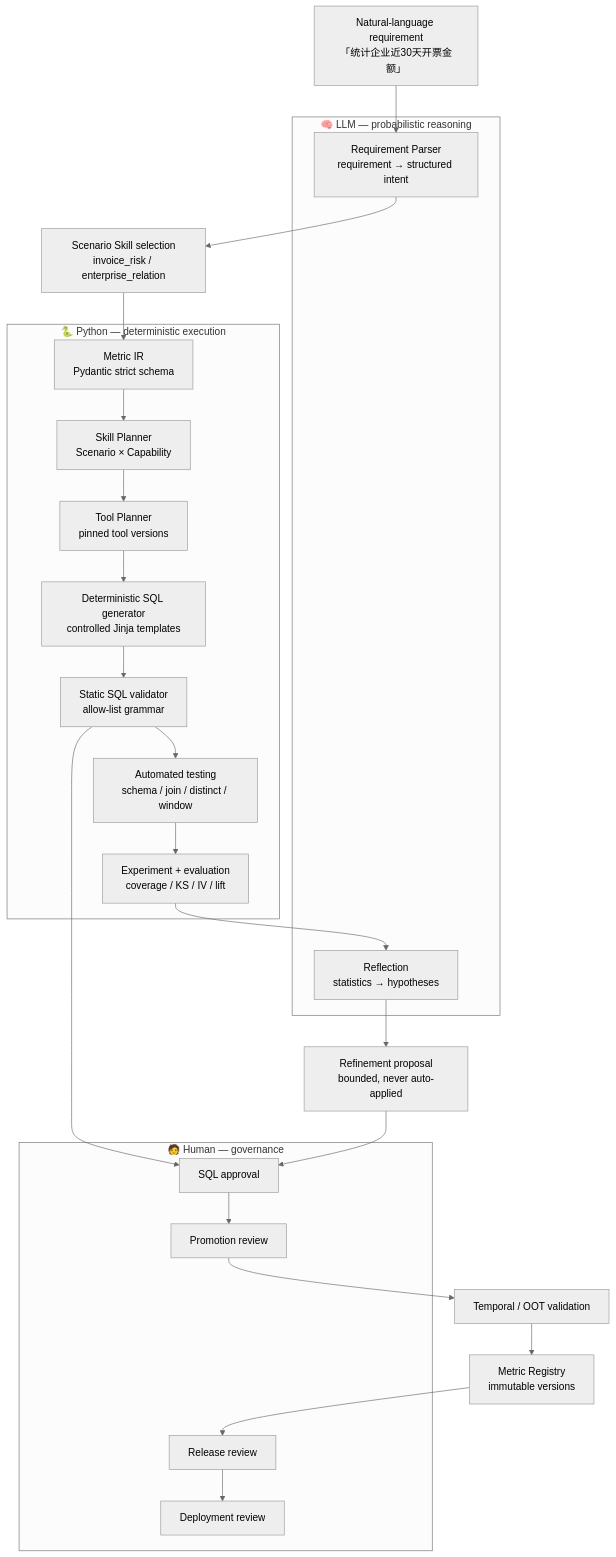
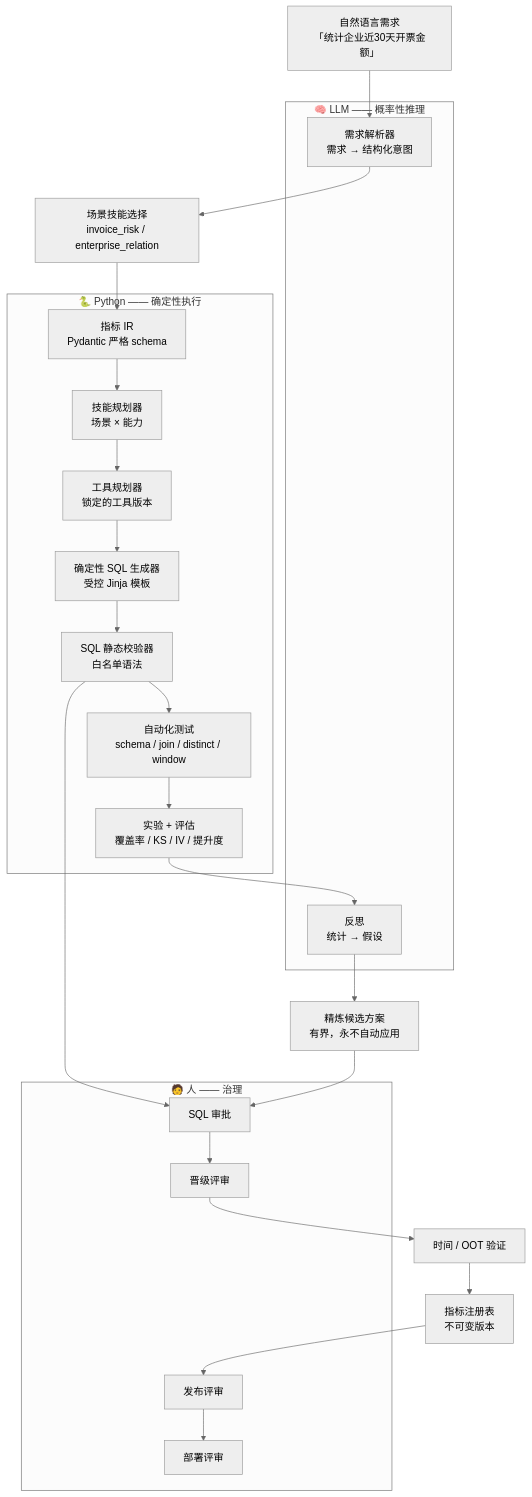
Before and after one commit to huangJJ8/airi: the first of 4 diagrams in docs/architecture/overview.md, drawn with Mermaid (neutral theme). The commit also changed other lines of this file and 24 other files, not shown here.

````diff
--- a/docs/architecture/overview.md
+++ b/docs/architecture/overview.md
@@ -13,38 +12,38 @@
 ```mermaid
 flowchart TD
-    REQ["Natural-language requirement<br/>「统计企业近30天开票金额」"] --> PARSER
+    REQ["自然语言需求<br/>「统计企业近30天开票金额」"] --> PARSER
 
-    subgraph LLM["🧠 LLM — probabilistic reasoning"]
-        PARSER["Requirement Parser<br/>requirement → structured intent"]
-        REFLECT["Reflection<br/>statistics → hypotheses"]
+    subgraph LLM["🧠 LLM —— 概率性推理"]
+        PARSER["需求解析器<br/>需求 → 结构化意图"]
+        REFLECT["反思<br/>统计 → 假设"]
     end
 
-    PARSER --> SCENARIO["Scenario Skill selection<br/>invoice_risk / enterprise_relation"]
+    PARSER --> SCENARIO["场景技能选择<br/>invoice_risk / enterprise_relation"]
     SCENARIO --> IR
 
-    subgraph PY["🐍 Python — deterministic execution"]
-        IR["Metric IR<br/>Pydantic strict schema"]
-        PLAN["Skill Planner<br/>Scenario × Capability"]
-        TOOL["Tool Planner<br/>pinned tool versions"]
-        GEN["Deterministic SQL generator<br/>controlled Jinja templates"]
-        VALID["Static SQL validator<br/>allow-list grammar"]
-        TEST["Automated testing<br/>schema / join / distinct / window"]
-        EVAL["Experiment + evaluation<br/>coverage / KS / IV / lift"]
+    subgraph PY["🐍 Python —— 确定性执行"]
+        IR["指标 IR<br/>Pydantic 严格 schema"]
+        PLAN["技能规划器<br/>场景 × 能力"]
+        TOOL["工具规划器<br/>锁定的工具版本"]
+        GEN["确定性 SQL 生成器<br/>受控 Jinja 模板"]
+        VALID["SQL 静态校验器<br/>白名单语法"]
+        TEST["自动化测试<br/>schema / join / distinct / window"]
+        EVAL["实验 + 评估<br/>覆盖率 / KS / IV / 提升度"]
     end
 
     IR --> PLAN --> TOOL --> GEN --> VALID --> TEST --> EVAL
     EVAL --> REFLECT
 
-    subgraph HUMAN["🧑 Human — governance"]
-        APPROVE["SQL approval"]
-        PROMOTE["Promotion review"]
-        RELEASE["Release review"]
-        DEPLOY["Deployment review"]
+    subgraph HUMAN["🧑 人 —— 治理"]
+        APPROVE["SQL 审批"]
+        PROMOTE["晋级评审"]
+        RELEASE["发布评审"]
+        DEPLOY["部署评审"]
     end
 
     VALID --> APPROVE
-    REFLECT --> PROPOSE["Refinement proposal<br/>bounded, never auto-applied"]
+    REFLECT --> PROPOSE["精炼候选方案<br/>有界，永不自动应用"]
     PROPOSE --> APPROVE
-    APPROVE --> PROMOTE --> TEMPORAL["Temporal / OOT validation"] --> REGISTRY["Metric Registry<br/>immutable versions"]
+    APPROVE --> PROMOTE --> TEMPORAL["时间 / OOT 验证"] --> REGISTRY["指标注册表<br/>不可变版本"]
     REGISTRY --> RELEASE --> DEPLOY
 ```
````
